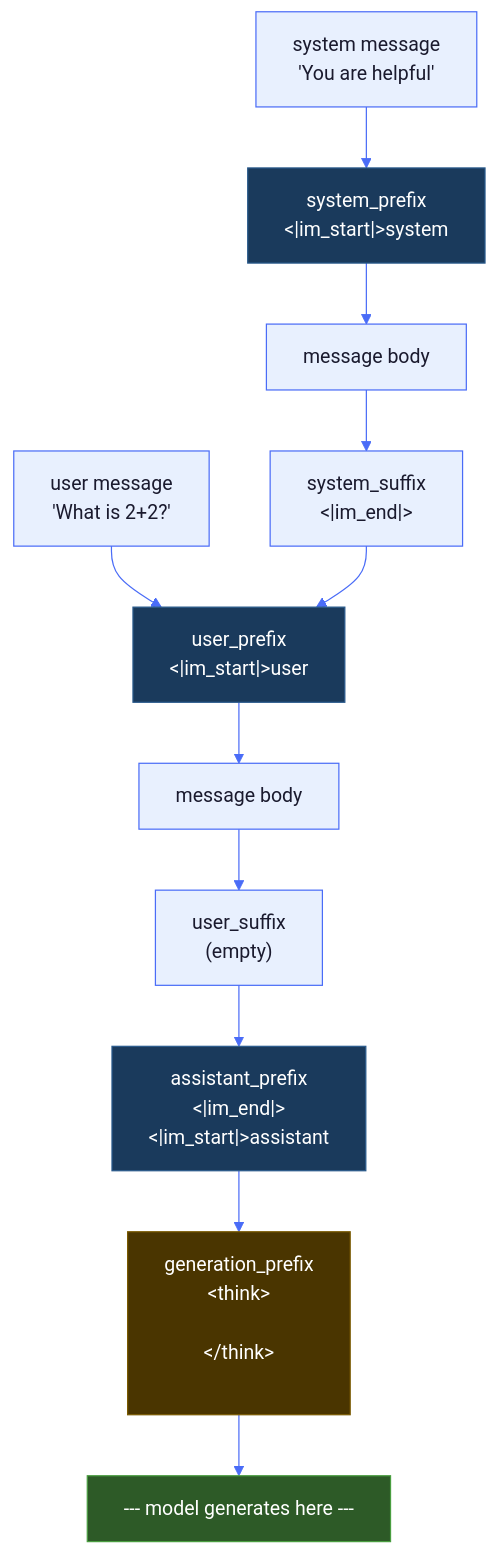
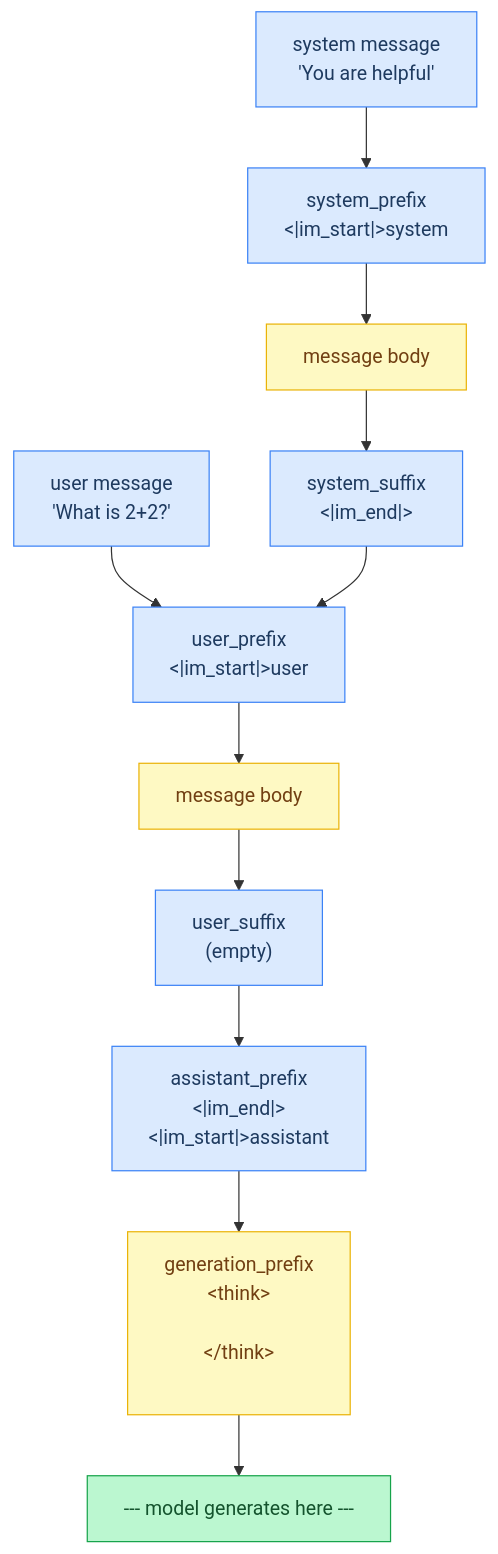
Before and after one commit to maci0/agave: the second of 7 diagrams in docs/tutorial/15-chat-templates.md, drawn with Mermaid. The commit also changed other lines of this file and 24 other files, not shown here.

First line of the commit message:
docs: convert all mermaid diagrams to classDef semantic colors

````diff
--- a/docs/tutorial/15-chat-templates.md
+++ b/docs/tutorial/15-chat-templates.md
@@ -105,35 +108,32 @@
 ```mermaid
-%%{init: {'theme': 'base', 'themeVariables': {
-  'primaryColor': '#e8f0fe',
-  'primaryTextColor': '#1a1a2e',
-  'primaryBorderColor': '#4a6cf7',
-  'lineColor': '#4a6cf7',
-  'secondaryColor': '#f0f4ff',
-  'tertiaryColor': '#f8f9ff',
-  'edgeLabelBackground': '#ffffff',
-  'clusterBkg': '#f0f4ff',
-  'clusterBorder': '#4a6cf7',
-  'titleColor': '#1a1a2e',
-  'nodeTextColor': '#1a1a2e',
-  'fontFamily': 'ui-monospace, SFMono-Regular, monospace'
-}}}%%
 flowchart TD
-    SysMsg["system message\n'You are helpful'"] --> SysPre["system_prefix\n&lt;|im_start|&gt;system\n"]
-    SysPre --> SysBody["message body"]
-    SysBody --> SysSuf["system_suffix\n&lt;|im_end|&gt;\n"]
+    classDef setup     fill:#dbeafe,stroke:#3b82f6,color:#1e3a5f
+    classDef sync      fill:#dcfce7,stroke:#22c55e,color:#14532d
+    classDef migration fill:#fef9c3,stroke:#eab308,color:#713f12
+    classDef success   fill:#bbf7d0,stroke:#16a34a,color:#14532d
+    classDef danger    fill:#fee2e2,stroke:#ef4444,color:#7f1d1d
+    classDef optional  fill:#f3e8ff,stroke:#9333ea,color:#581c87
 
-    UserMsg["user message\n'What is 2+2?'"] --> UserPre["user_prefix\n&lt;|im_start|&gt;user\n"]
-    UserPre --> UserBody["message body"]
-    UserBody --> UserSuf["user_suffix\n(empty)"]
+    SysMsg["system message\n'You are helpful'"]:::setup
+    SysPre["system_prefix\n&lt;|im_start|&gt;system\n"]:::setup
+    SysBody["message body"]:::migration
+    SysSuf["system_suffix\n&lt;|im_end|&gt;\n"]:::setup
+    UserMsg["user message\n'What is 2+2?'"]:::setup
+    UserPre["user_prefix\n&lt;|im_start|&gt;user\n"]:::setup
+    UserBody["message body"]:::migration
+    UserSuf["user_suffix\n(empty)"]:::setup
+    AsstPre["assistant_prefix\n&lt;|im_end|&gt;\n&lt;|im_start|&gt;assistant\n"]:::setup
+    GenPfx["generation_prefix\n&lt;think&gt;\n\n&lt;/think&gt;\n\n"]:::migration
+    GenStart["--- model generates here ---"]:::success
 
+    SysMsg --> SysPre
+    SysPre --> SysBody
+    SysBody --> SysSuf
+    UserMsg --> UserPre
+    UserPre --> UserBody
+    UserBody --> UserSuf
     SysSuf --> UserPre
-    UserSuf --> AsstPre["assistant_prefix\n&lt;|im_end|&gt;\n&lt;|im_start|&gt;assistant\n"]
-    AsstPre --> GenPfx["generation_prefix\n&lt;think&gt;\n\n&lt;/think&gt;\n\n"]
-    GenPfx --> GenStart["--- model generates here ---"]
-
-    style GenStart fill:#2d5a27,color:#fff,stroke:#4a9e40
-    style SysPre fill:#1a3a5c,color:#fff,stroke:#2a5a8c
-    style UserPre fill:#1a3a5c,color:#fff,stroke:#2a5a8c
-    style AsstPre fill:#1a3a5c,color:#fff,stroke:#2a5a8c
-    style GenPfx fill:#4a3500,color:#fff,stroke:#7a5a00
+    UserSuf --> AsstPre
+    AsstPre --> GenPfx
+    GenPfx --> GenStart
 ```
````
